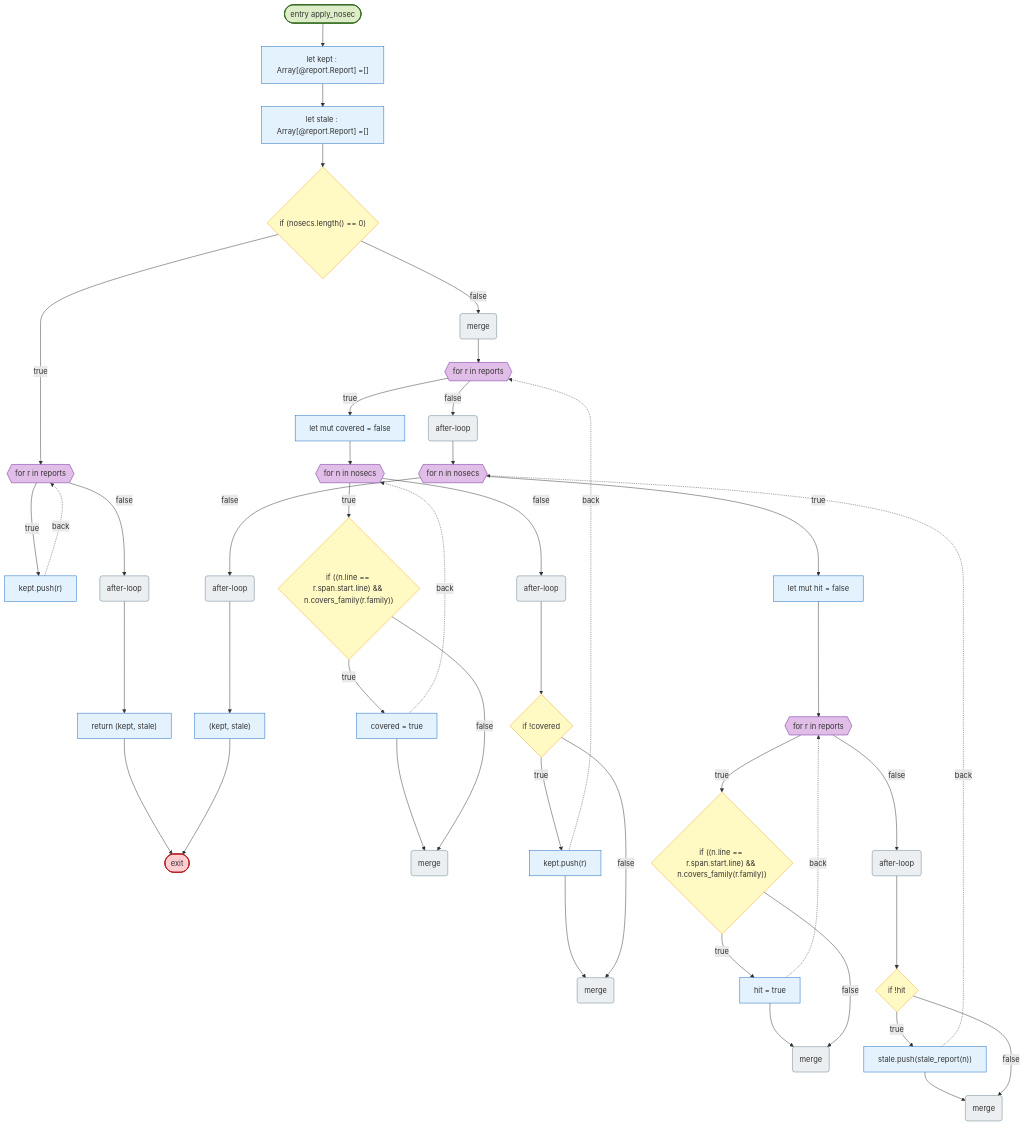
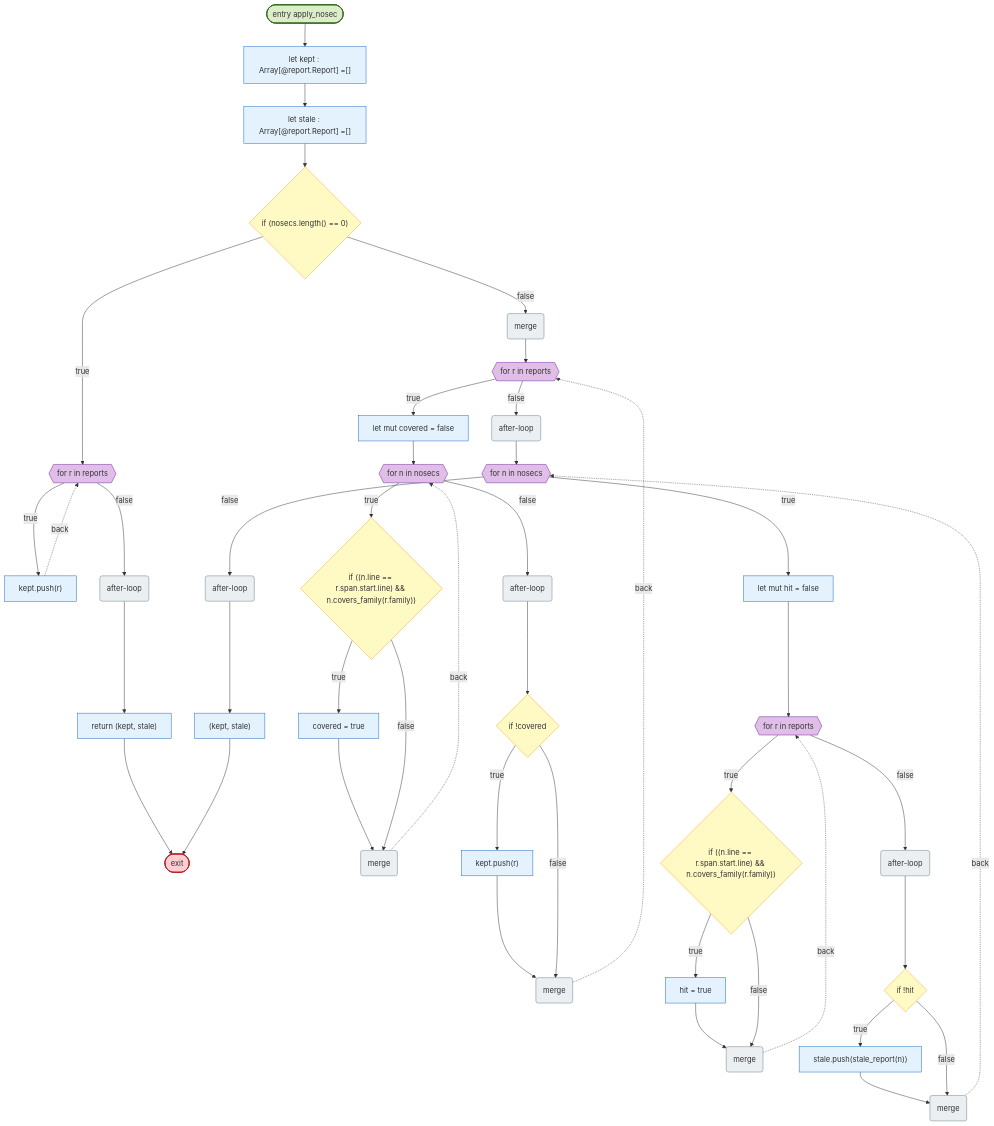
The sixth of 9 diagrams in reports/riantr_moonbit_static_analysis@latest_0.5.0.md (riantr/LunaFlow), drawn with Mermaid before and after one commit. The commit also changed other lines of this file and 27 other files, not shown here.

```diff
--- a/reports/riantr_moonbit_static_analysis@latest_0.5.0.md
+++ b/reports/riantr_moonbit_static_analysis@latest_0.5.0.md
@@ -828,14 +828,14 @@
   n14 --> n15
   n13 -->|false| n15
   n12 -->|true| n13
-  n14 -.->|back| n12
+  n15 -.->|back| n12
   n12 -->|false| n16
   n16 --> n17
   n17 -->|true| n18
   n18 --> n19
   n17 -->|false| n19
   n10 -->|true| n11
-  n18 -.->|back| n10
+  n19 -.->|back| n10
   n10 -->|false| n20
   n20 --> n21
   n22 --> n23
@@ -843,14 +843,14 @@
   n25 --> n26
   n24 -->|false| n26
   n23 -->|true| n24
-  n25 -.->|back| n23
+  n26 -.->|back| n23
   n23 -->|false| n27
   n27 --> n28
   n28 -->|true| n29
   n29 --> n30
   n28 -->|false| n30
   n21 -->|true| n22
-  n29 -.->|back| n21
+  n30 -.->|back| n21
   n21 -->|false| n31
   n31 --> n32
   n32 --> n1
```
